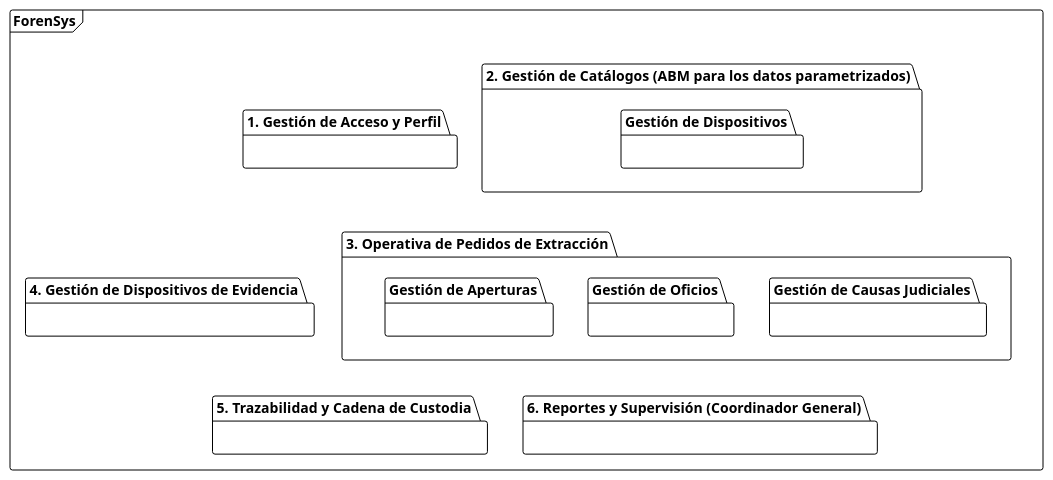
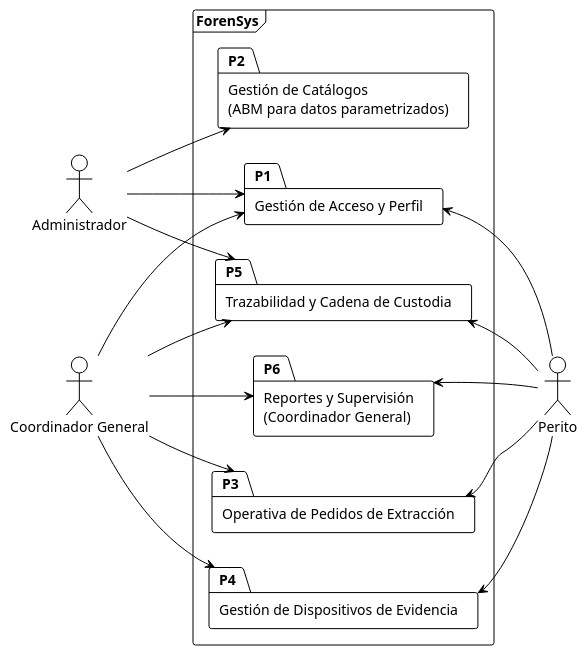
The diagram in PaquetesCU.puml (c4lvar3z7/Doc-ForenSys), drawn with PlantUML before and after one commit. The commit also changed 2 other files, not shown here.

Commit message:
Diagrama de paquetes de casos de uso han sido simplificados para mejorar su legibilidad

```diff
--- a/PaquetesCU.puml
+++ b/PaquetesCU.puml
@@ -1,37 +1,43 @@
 @startuml
 !theme plain
+left to right direction
+
+actor "Administrador" as Admin
+actor "Coordinador General" as Coordinador
+
 frame "ForenSys" {
-    package "1. Gestión de Acceso y Perfil" as P1 {
-    }
-    
-    package "2. Gestión de Catálogos (ABM para los datos parametrizados)" as P2 {
-        package "Gestión de Dispositivos" as P2_1 {
-        }
-    }
-    
-    package "3. Operativa de Pedidos de Extracción" as P3 {
-        package "Gestión de Causas Judiciales" as P3_1 {
-        }
-        package "Gestión de Oficios" as P3_2 {
-        }
-        package "Gestión de Aperturas" as P3_3 {
-        }
-    }
-    
-    package "4. Gestión de Dispositivos de Evidencia" as P4 {
-    }
-    
-    package "5. Trazabilidad y Cadena de Custodia" as P5 {
-    }
-    
-    package "6. Reportes y Supervisión (Coordinador General)" as P6 {
-    }
-    
-    ' Invisible links to organize the layout into a 2x3 grid
-    P1 -[hidden]right- P2
-    P1 -[hidden]down- P3
-    P3 -[hidden]right- P4
-    P3 -[hidden]down- P5
-    P5 -[hidden]right- P6
+
+    package "Gestión de Catálogos\n(ABM para datos parametrizados)" as P2
+
+    package "Gestión de Acceso y Perfil" as P1
+
+    package "Trazabilidad y Cadena de Custodia" as P5
+
+    package "Operativa de Pedidos de Extracción" as P3
+
+    package "Gestión de Dispositivos de Evidencia" as P4
+
+    package "Reportes y Supervisión\n(Coordinador General)" as P6
 }
-@endum
+
+actor "Perito" as Perito
+
+P6 -[hidden]-> Perito
+
+Admin --> P1
+Admin --> P2
+Admin --> P5
+
+Coordinador --> P1
+Coordinador --> P3
+Coordinador --> P4
+Coordinador --> P5
+Coordinador --> P6
+
+P1 <-- Perito
+P3 <-- Perito
+P4 <-- Perito
+P5 <-- Perito
+P6 <-- Perito
+
+@enduml
```
